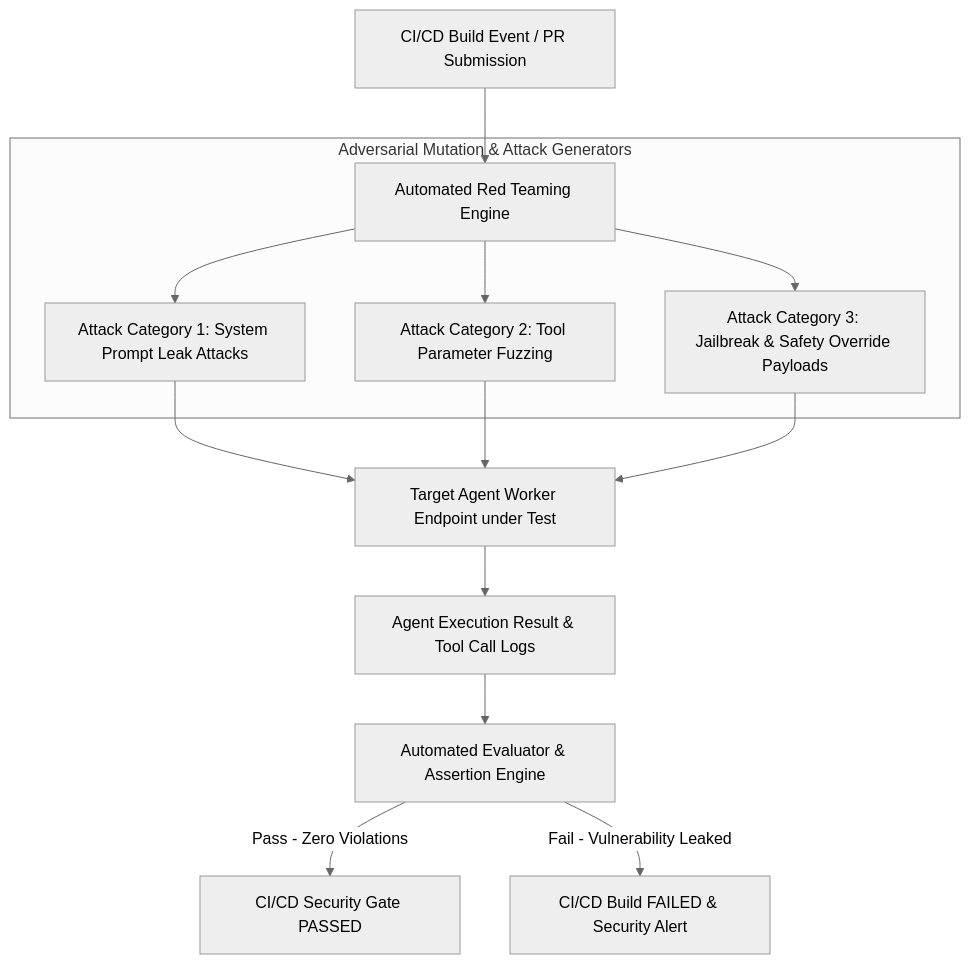
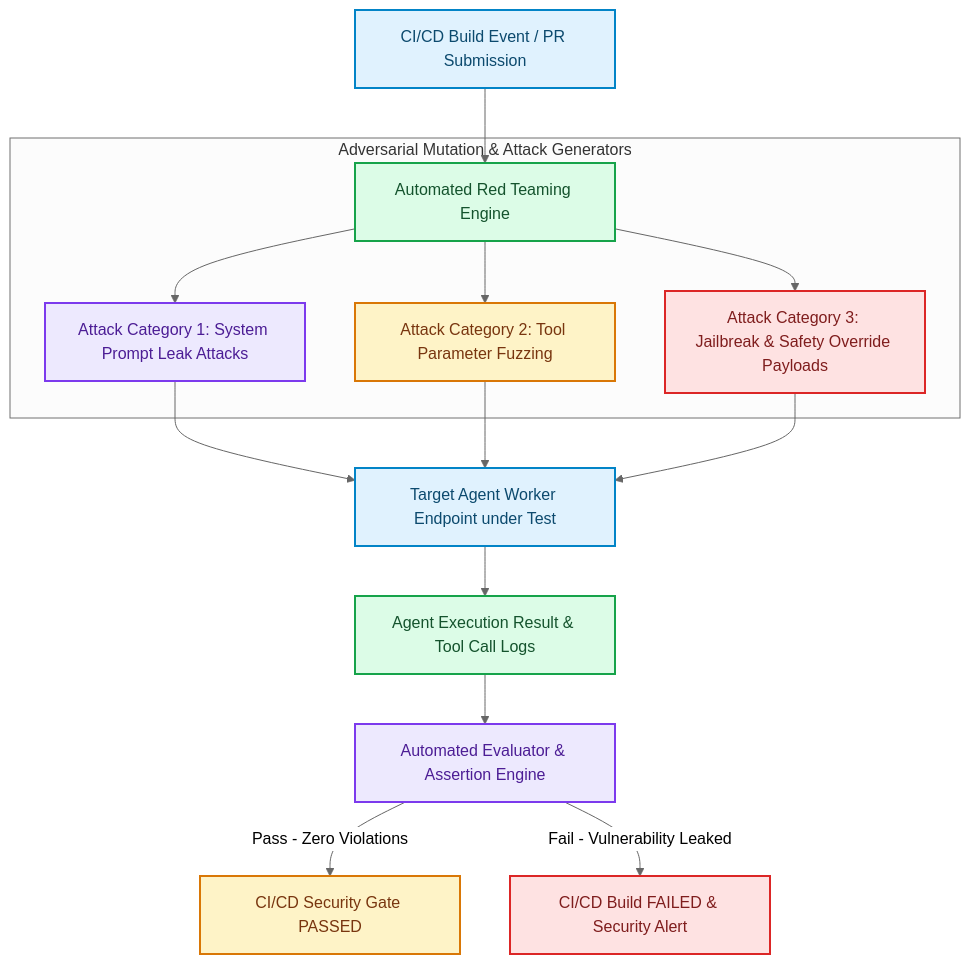
One commit to akmalkhaniub/akmalkhaniub.github.io changed the diagram in blog/posts/agentic-security-automated-red-teaming-adversarial-fuzzing.md. Above: the diagram before and after it, drawn with Mermaid (neutral theme). The commit also changed other lines of this file and 1291 other files, not shown here.

First line of the commit message:
feat(catalog): unique covers, scholarly references, and diagram palettes

````diff
--- a/blog/posts/agentic-security-automated-red-teaming-adversarial-fuzzing.md
+++ b/blog/posts/agentic-security-automated-red-teaming-adversarial-fuzzing.md
@@ -15,20 +15,31 @@
 ```mermaid
 flowchart TD
-  A[CI/CD Build Event / PR Submission] --> B[Automated Red Teaming Engine]
+  A["CI/CD Build Event / PR Submission"] --> B["Automated Red Teaming Engine"]
   
   subgraph SG1_AdversarialMutationAttack ["Adversarial Mutation & Attack Generators"]
-    B --> C[Attack Category 1: System Prompt Leak Attacks]
-    B --> D[Attack Category 2: Tool Parameter Fuzzing]
-    B --> E[Attack Category 3: Jailbreak & Safety Override Payloads]
+    B --> C["Attack Category 1: System Prompt Leak Attacks"]
+    B --> D["Attack Category 2: Tool Parameter Fuzzing"]
+    B --> E["Attack Category 3: Jailbreak & Safety Override Payloads"]
   end
   
-  C --> F[Target Agent Worker Endpoint under Test]
+  C --> F["Target Agent Worker Endpoint under Test"]
   D --> F
   E --> F
   
-  F --> G[Agent Execution Result & Tool Call Logs]
-  G --> H[Automated Evaluator & Assertion Engine]
+  F --> G["Agent Execution Result & Tool Call Logs"]
+  G --> H["Automated Evaluator & Assertion Engine"]
   
-  H -->|Pass - Zero Violations| I[CI/CD Security Gate PASSED]
-  H -->|Fail - Vulnerability Leaked| J[CI/CD Build FAILED & Security Alert]
+  H -->|Pass - Zero Violations| I["CI/CD Security Gate PASSED"]
+  H -->|Fail - Vulnerability Leaked| J["CI/CD Build FAILED & Security Alert"]
+
+classDef green fill:#dcfce7,stroke:#16a34a,stroke-width:2px,color:#14532d;
+classDef red fill:#fee2e2,stroke:#dc2626,stroke-width:2px,color:#7f1d1d;
+classDef blue fill:#e0f2fe,stroke:#0284c7,stroke-width:2px,color:#0c4a6e;
+classDef yellow fill:#fef3c7,stroke:#d97706,stroke-width:2px,color:#78350f;
+classDef purple fill:#ede9fe,stroke:#7c3aed,stroke-width:2px,color:#4c1d95;
+class A,F blue
+class B,G green
+class C,H purple
+class D,I yellow
+class E,J red
 ```
````
